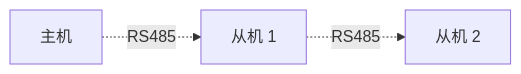
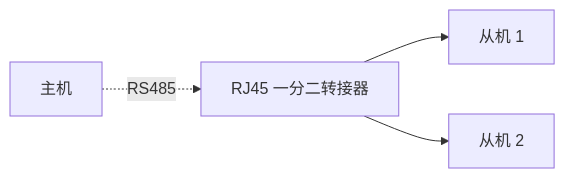
The third of 3 diagrams in i18n/zh/docusaurus-plugin-content-docs/current/hardware/technical-note/cluster.md (xiaozhouhhh/indevolt-doc), drawn with Mermaid before and after one commit. The commit also changed other lines of this file, not shown here.

````diff
--- a/i18n/zh/docusaurus-plugin-content-docs/current/hardware/technical-note/cluster.md
+++ b/i18n/zh/docusaurus-plugin-content-docs/current/hardware/technical-note/cluster.md
@@ -185,10 +196,12 @@
 ```mermaid
 flowchart LR
 
 main[主机]
+hub[RJ45 一分二转接器]
 sub1[从机 1]
 sub2[从机 2]
 
-main -.RS485.-> sub1
-sub1 -.RS485.-> sub2
+main -.RS485.-> hub
+hub --> sub1
+hub --> sub2
 ```
````
